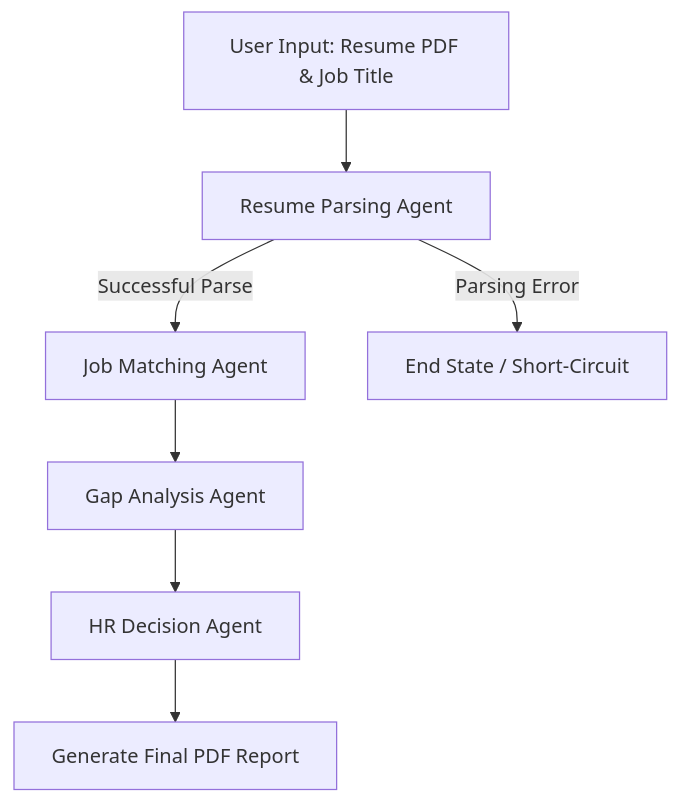
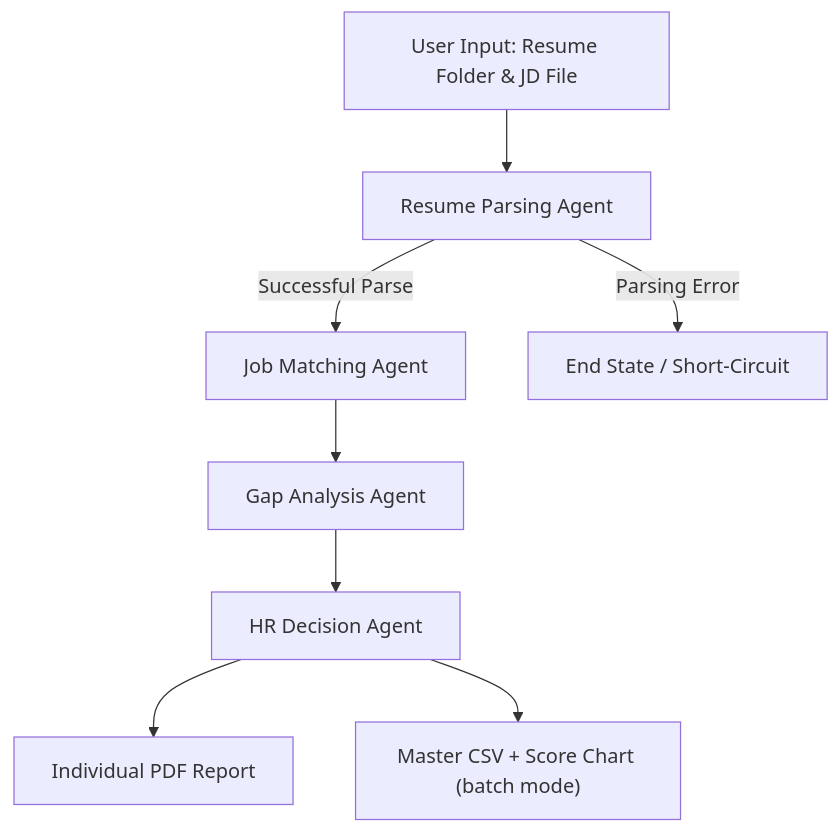
One commit to sasmithaK/agentic-hr-assistance changed the diagram in docs/Technical_Report.md. Above: the diagram before and after it, drawn with Mermaid. The commit also changed other lines of this file, not shown here.

````diff
--- a/docs/Technical_Report.md
+++ b/docs/Technical_Report.md
@@ -20,9 +20,10 @@
 ```mermaid
 graph TD
-    A[User Input: Resume PDF & Job Title] --> B[Resume Parsing Agent]
+    A["User Input: Resume Folder & JD File"] --> B[Resume Parsing Agent]
     B -- Successful Parse --> C[Job Matching Agent]
     B -- Parsing Error --> END[End State / Short-Circuit]
     C --> D[Gap Analysis Agent]
     D --> E[HR Decision Agent]
-    E --> F[Generate Final PDF Report]
+    E --> F[Individual PDF Report]
+    E --> G["Master CSV + Score Chart (batch mode)"]
 ```
````
